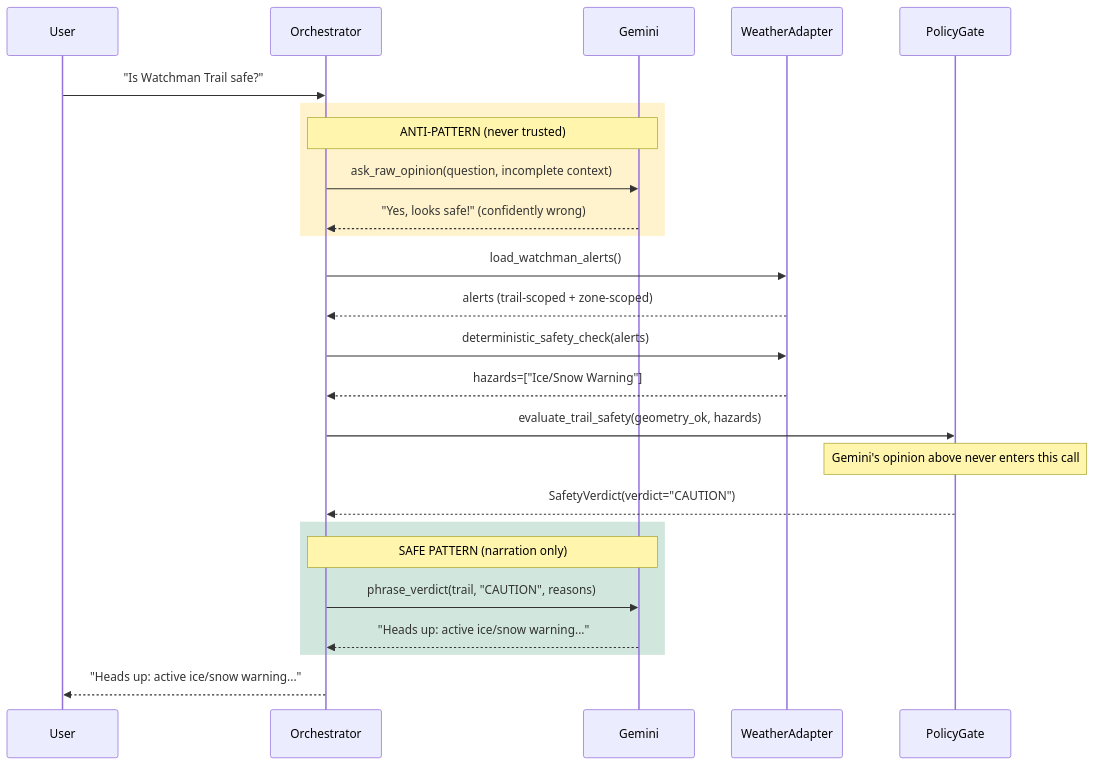
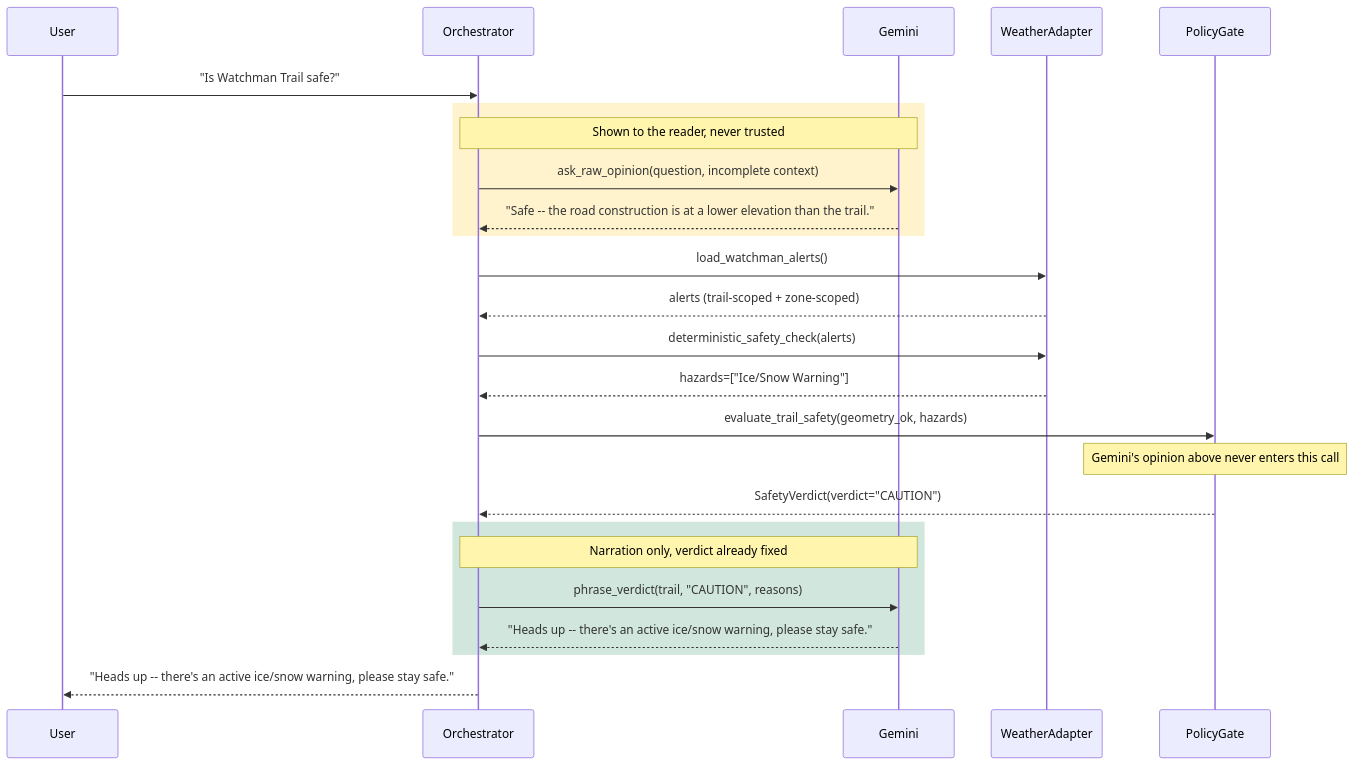
One commit to mohitagr18/ch01-production-reality changed the diagram in workflow/02_orchestrator_sequence.md. Above: the diagram before and after it, drawn with Mermaid. The commit also changed other lines of this file and 4 other files, not shown here.

Commit message:
Suppress AFC warning, rewrite README in book tone with real transcript, refresh diagrams

````diff
--- a/workflow/02_orchestrator_sequence.md
+++ b/workflow/02_orchestrator_sequence.md
@@ -6,33 +12,33 @@
 ```mermaid
 sequenceDiagram
     participant User
     participant Orchestrator
     participant Gemini
     participant WeatherAdapter
     participant PolicyGate
 
     User->>Orchestrator: "Is Watchman Trail safe?"
 
     rect rgb(255, 243, 205)
-    Note over Orchestrator,Gemini: ANTI-PATTERN (never trusted)
+    Note over Orchestrator,Gemini: Shown to the reader, never trusted
     Orchestrator->>Gemini: ask_raw_opinion(question, incomplete context)
-    Gemini-->>Orchestrator: "Yes, looks safe!" (confidently wrong)
+    Gemini-->>Orchestrator: "Safe -- the road construction is at a lower elevation than the trail."
     end
 
     Orchestrator->>WeatherAdapter: load_watchman_alerts()
     WeatherAdapter-->>Orchestrator: alerts (trail-scoped + zone-scoped)
     Orchestrator->>WeatherAdapter: deterministic_safety_check(alerts)
     WeatherAdapter-->>Orchestrator: hazards=["Ice/Snow Warning"]
 
     Orchestrator->>PolicyGate: evaluate_trail_safety(geometry_ok, hazards)
     Note over PolicyGate: Gemini's opinion above never enters this call
     PolicyGate-->>Orchestrator: SafetyVerdict(verdict="CAUTION")
 
     rect rgb(209, 231, 221)
-    Note over Orchestrator,Gemini: SAFE PATTERN (narration only)
+    Note over Orchestrator,Gemini: Narration only, verdict already fixed
     Orchestrator->>Gemini: phrase_verdict(trail, "CAUTION", reasons)
-    Gemini-->>Orchestrator: "Heads up: active ice/snow warning..."
+    Gemini-->>Orchestrator: "Heads up -- there's an active ice/snow warning, please stay safe."
     end
 
-    Orchestrator-->>User: "Heads up: active ice/snow warning..."
+    Orchestrator-->>User: "Heads up -- there's an active ice/snow warning, please stay safe."
 ```
````
